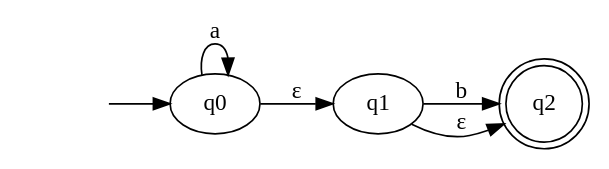
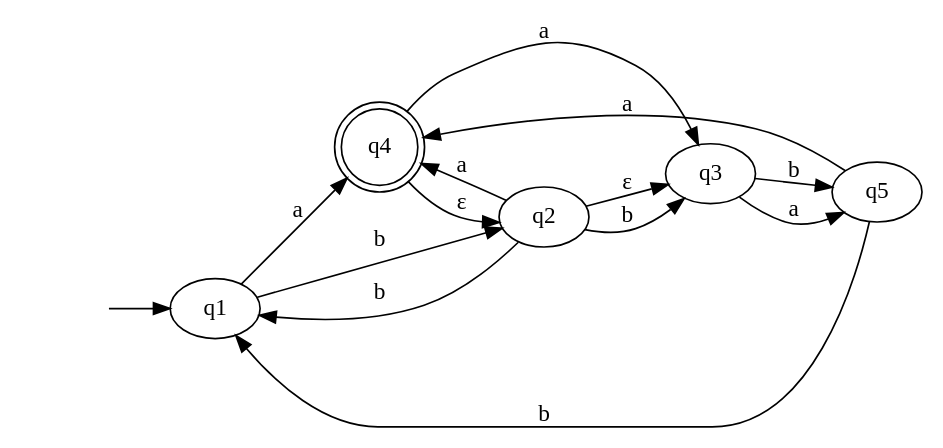
The diagram in formele_methoden/graphs/graph_1.dot (bas200o/formele-methoden), drawn with Graphviz before and after one commit. The commit also changed 11 other files, not shown here.

```diff
--- a/formele_methoden/graphs/graph_1.dot
+++ b/formele_methoden/graphs/graph_1.dot
@@ -1,10 +1,18 @@
 digraph graph_1
 {
 	rankdir =  LR; node_start [label = "", shape = none]; 
-	node_start ->  q0; 
-	q2 [label =q2, shape = doublecircle]; 
-	q0 -> q1 [label=ε]; 
-	q0 -> q0 [label=a]; 
+	node_start ->  q1; 
+	q4 [label =q4, shape = doublecircle]; 
+	q1 -> q4 [label=a]; 
 	q1 -> q2 [label=b]; 
-	q1 -> q2 [label=ε]; 
+	q2 -> q4 [label=a]; 
+	q2 -> q1 [label=b]; 
+	q2 -> q3 [label=b]; 
+	q2 -> q3 [label=ε]; 
+	q3 -> q5 [label=a]; 
+	q3 -> q5 [label=b]; 
+	q4 -> q2 [label=ε]; 
+	q4 -> q3 [label=a]; 
+	q5 -> q4 [label=a]; 
+	q5 -> q1 [label=b]; 
 }
```
